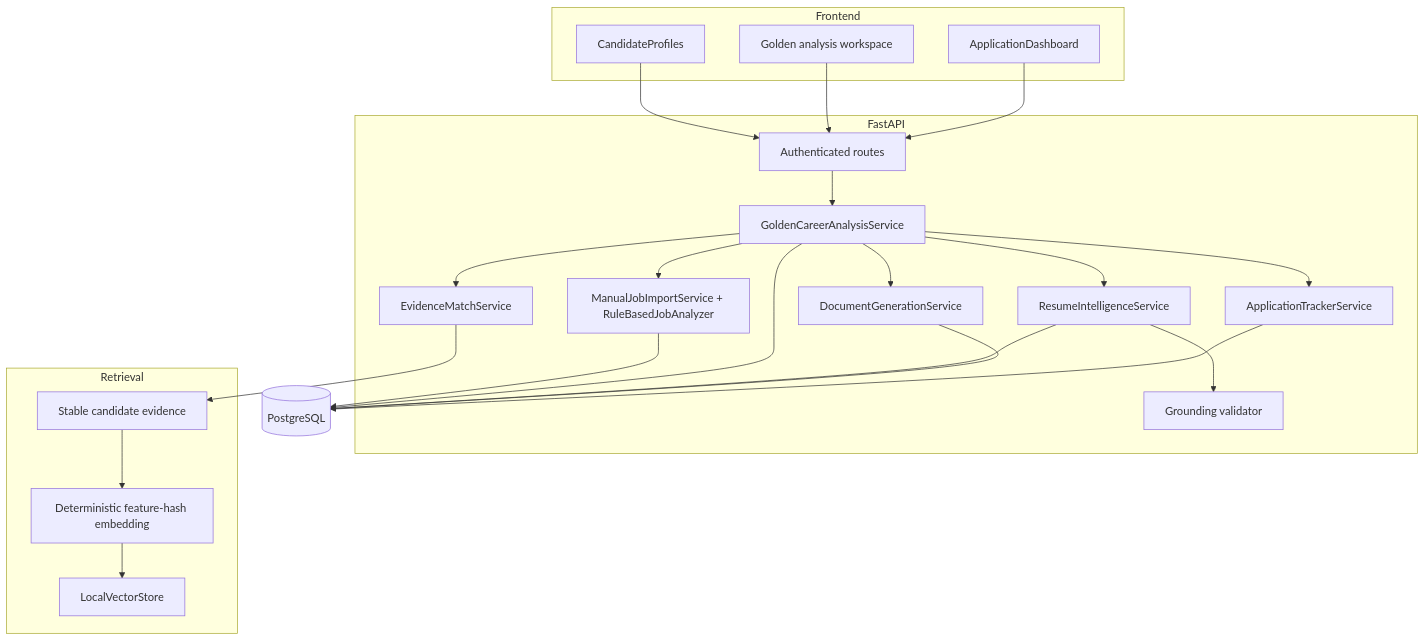
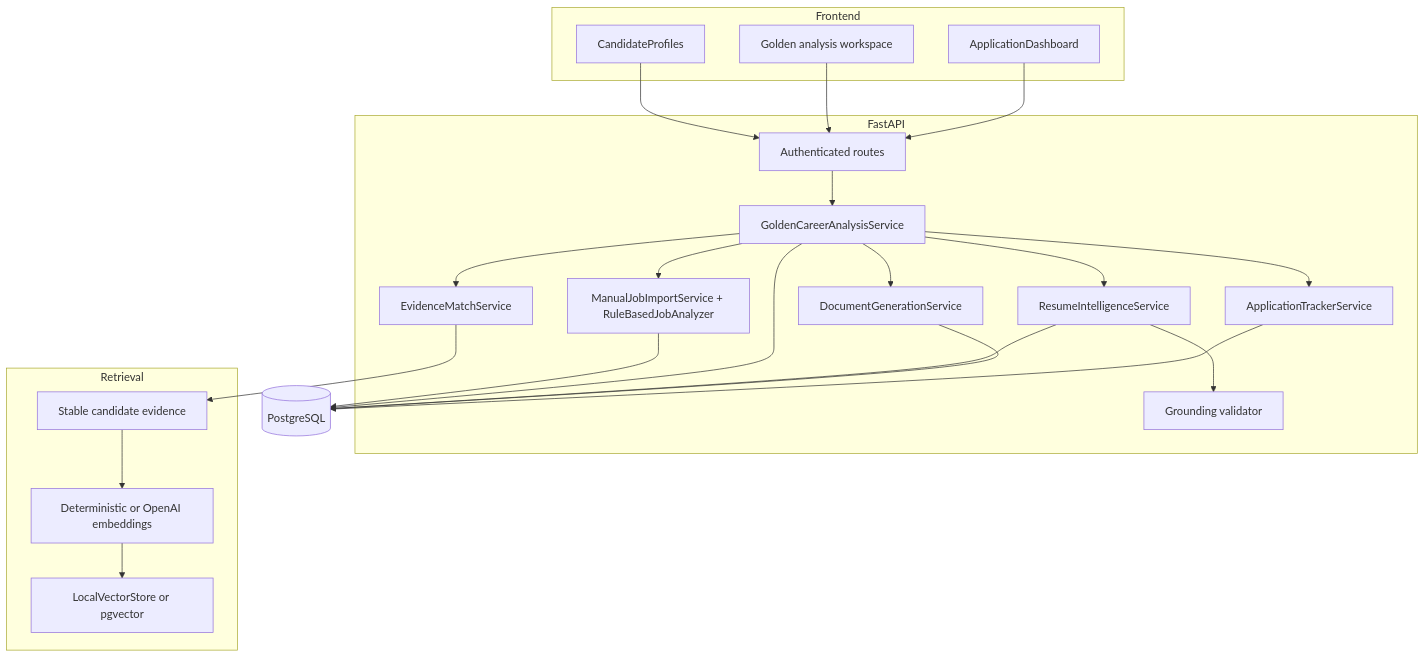
Before and after one commit to 7-ARK/careerOS: the diagram in docs/ARCHITECTURE.md, drawn with Mermaid. The commit also changed other lines of this file and 7 other files, not shown here.

````diff
--- a/docs/ARCHITECTURE.md
+++ b/docs/ARCHITECTURE.md
@@ -23,36 +23,36 @@
 ```mermaid
 flowchart TB
   subgraph Frontend
     PROFILE[CandidateProfiles]
     ANALYZE[Golden analysis workspace]
     APPS[ApplicationDashboard]
   end
   subgraph FastAPI
     ROUTES[Authenticated routes]
     ORCH[GoldenCareerAnalysisService]
     JOB[ManualJobImportService + RuleBasedJobAnalyzer]
     MATCH[EvidenceMatchService]
     RESUME[ResumeIntelligenceService]
     GROUND[Grounding validator]
     EXPORT[DocumentGenerationService]
     TRACKER[ApplicationTrackerService]
   end
   subgraph Retrieval
     CHUNKS[Stable candidate evidence]
-    EMBED[Deterministic feature-hash embedding]
-    VECTOR[LocalVectorStore]
+    EMBED[Deterministic or OpenAI embeddings]
+    VECTOR[LocalVectorStore or pgvector]
   end
   DB[(PostgreSQL)]
 
   PROFILE --> ROUTES
   ANALYZE --> ROUTES
   APPS --> ROUTES
   ROUTES --> ORCH
   ORCH --> JOB
   ORCH --> MATCH
   MATCH --> CHUNKS --> EMBED --> VECTOR
   ORCH --> RESUME --> GROUND
   ORCH --> EXPORT
   ORCH --> TRACKER
   JOB & ORCH & RESUME & EXPORT & TRACKER --> DB
 ```
````
